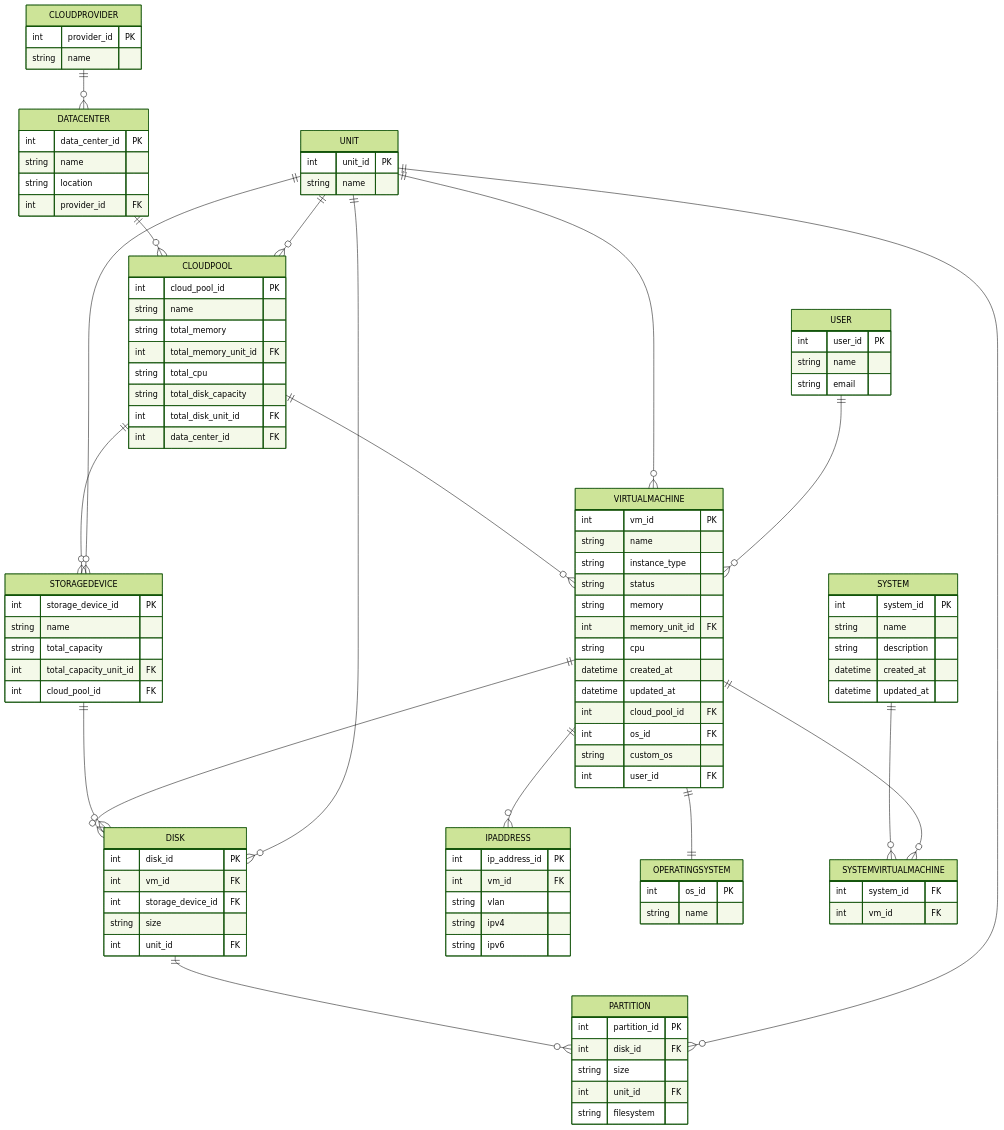
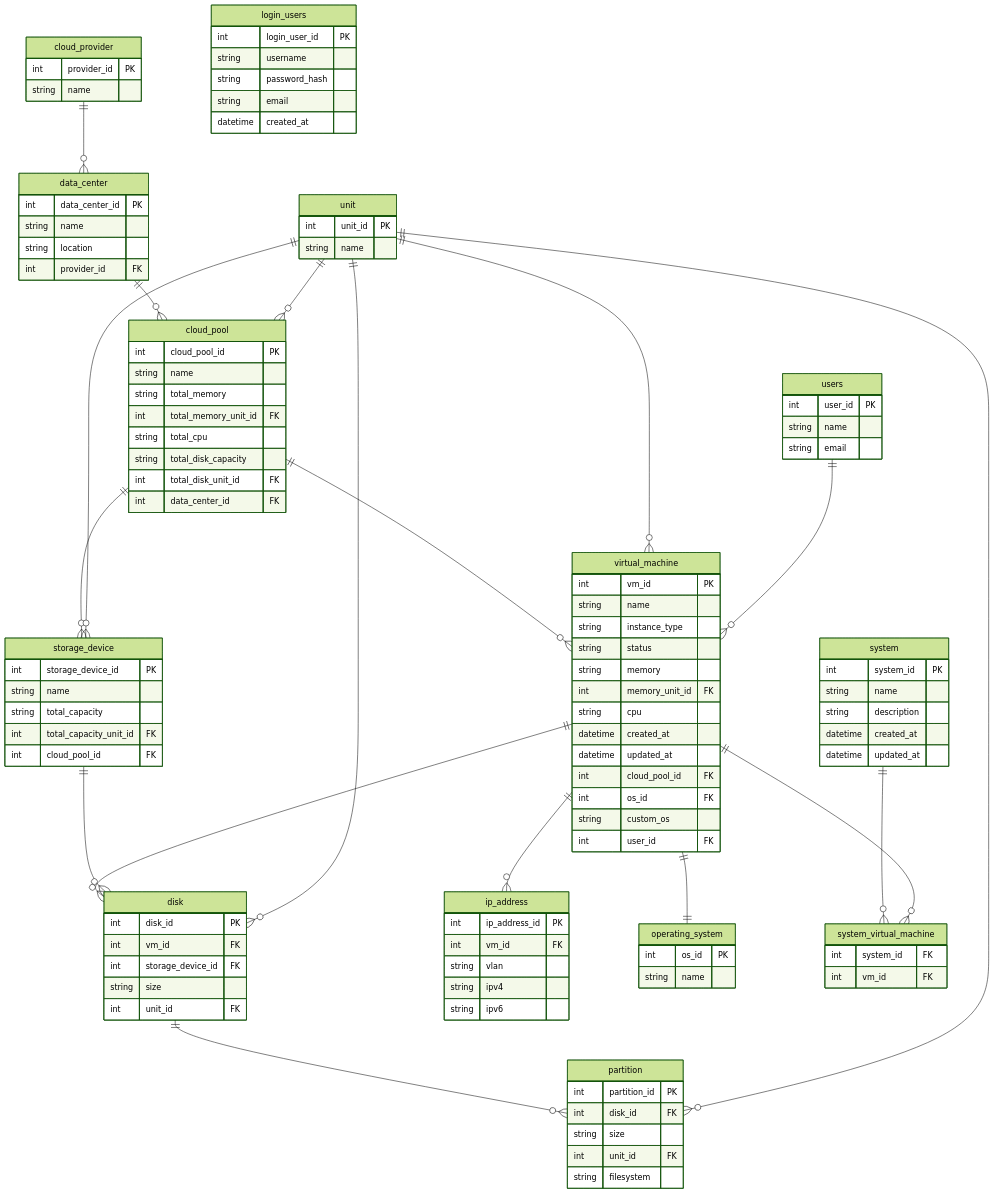
The diagram in er.md (gnsnghm/cloud-management-system), drawn with Mermaid (forest theme) before and after one commit. The commit also changed 2 other files, not shown here.

````diff
--- a/er.md
+++ b/er.md
@@ -3,16 +3,16 @@
 ```mermaid
 erDiagram
-    CLOUDPROVIDER {
+    cloud_provider {
         int provider_id PK
         string name
     }
-    DATACENTER {
+    data_center {
         int data_center_id PK
         string name
         string location
         int provider_id FK
     }
-    CLOUDPOOL {
+    cloud_pool {
         int cloud_pool_id PK
         string name
         string total_memory
@@ -22,7 +22,7 @@
         int total_disk_unit_id FK
         int data_center_id FK
     }
-    VIRTUALMACHINE {
+    virtual_machine {
         int vm_id PK
         string name
         string instance_type
@@ -37,74 +37,82 @@
         string custom_os
         int user_id FK
     }
-    STORAGEDEVICE {
+    storage_device {
         int storage_device_id PK
         string name
         string total_capacity
         int total_capacity_unit_id FK
         int cloud_pool_id FK
     }
-    DISK {
+    disk {
         int disk_id PK
         int vm_id FK
         int storage_device_id FK
         string size
         int unit_id FK
     }
-    PARTITION {
+    partition {
         int partition_id PK
         int disk_id FK
         string size
         int unit_id FK
         string filesystem
     }
-    IPADDRESS {
+    ip_address {
         int ip_address_id PK
         int vm_id FK
         string vlan
         string ipv4
         string ipv6
     }
-    OPERATINGSYSTEM {
+    operating_system {
         int os_id PK
         string name
     }
-    UNIT {
+    unit {
         int unit_id PK
         string name
     }
-    SYSTEM {
+    system {
         int system_id PK
         string name
         string description
         datetime created_at
         datetime updated_at
     }
-    SYSTEMVIRTUALMACHINE {
+    system_virtual_machine {
         int system_id FK
         int vm_id FK
     }
-    USER {
+    users {
         int user_id PK
         string name
         string email
     }
+    login_users {
+        int login_user_id PK
+        string username
+        string password_hash
+        string email
+        datetime created_at
+    }
 
-    CLOUDPROVIDER ||--o{ DATACENTER: ""
-    DATACENTER ||--o{ CLOUDPOOL: ""
-    CLOUDPOOL ||--o{ VIRTUALMACHINE: ""
-    CLOUDPOOL ||--o{ STORAGEDEVICE: ""
-    VIRTUALMACHINE ||--o{ DISK: ""
-    STORAGEDEVICE ||--o{ DISK: ""
-    DISK ||--o{ PARTITION: ""
-    VIRTUALMACHINE ||--o{ IPADDRESS: ""
-    VIRTUALMACHINE ||--|| OPERATINGSYSTEM: ""
-    UNIT ||--o{ CLOUDPOOL: ""
-    UNIT ||--o{ VIRTUALMACHINE: ""
-    UNIT ||--o{ STORAGEDEVICE: ""
-    UNIT ||--o{ DISK: ""
-    UNIT ||--o{ PARTITION: ""
-    SYSTEM ||--o{ SYSTEMVIRTUALMACHINE: ""
-    VIRTUALMACHINE ||--o{ SYSTEMVIRTUALMACHINE: ""
-    USER ||--o{ VIRTUALMACHINE: ""
+    cloud_provider ||--o{ data_center: ""
+    data_center ||--o{ cloud_pool: ""
+    cloud_pool ||--o{ virtual_machine: ""
+    cloud_pool ||--o{ storage_device: ""
+    virtual_machine ||--o{ disk: ""
+    storage_device ||--o{ disk: ""
+    disk ||--o{ partition: ""
+    virtual_machine ||--o{ ip_address: ""
+    virtual_machine ||--|| operating_system: ""
+    unit ||--o{ cloud_pool: ""
+    unit ||--o{ virtual_machine: ""
+    unit ||--o{ storage_device: ""
+    unit ||--o{ disk: ""
+    unit ||--o{ partition: ""
+    system ||--o{ system_virtual_machine: ""
+    virtual_machine ||--o{ system_virtual_machine: ""
+    users ||--o{ virtual_machine: ""
+
 ```
````
